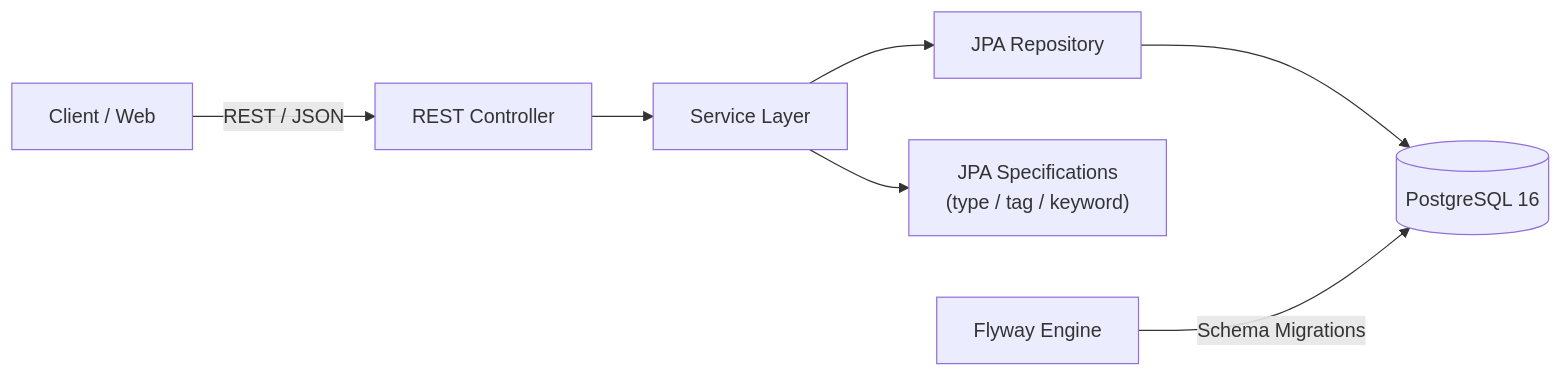
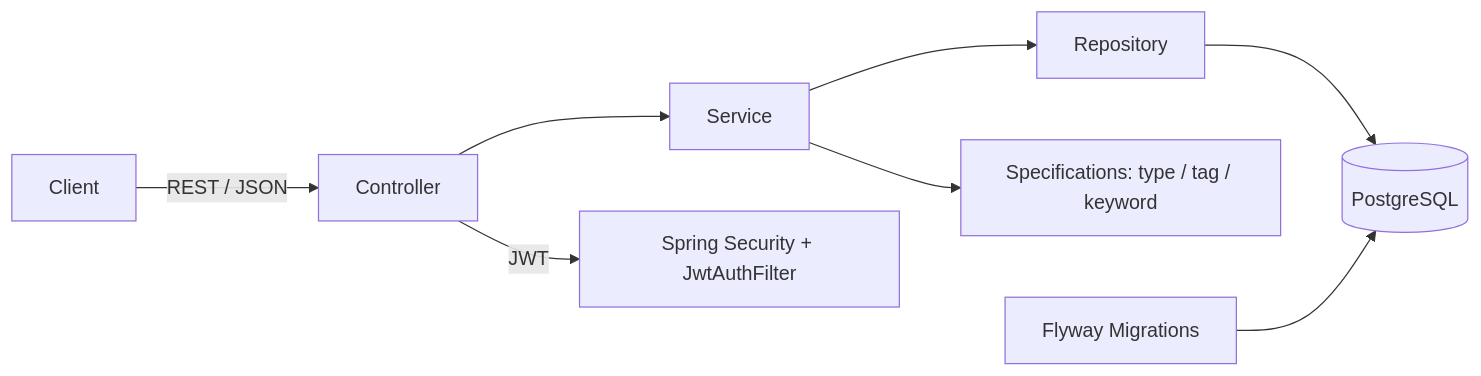
The diagram in README.md (kunalbuilds-git/DevelopersHub), drawn with Mermaid before and after one commit. The commit also changed other lines of this file, not shown here.

````diff
--- a/README.md
+++ b/README.md
@@ -83,9 +39,10 @@
 ```mermaid
 flowchart LR
-    Client["Client / Web"] -->|REST / JSON| Controller["REST Controller"]
-    Controller --> Service["Service Layer"]
-    Service --> Repository["JPA Repository"]
-    Service --> Spec["JPA Specifications\n(type / tag / keyword)"]
-    Repository --> DB[(PostgreSQL 16)]
-    Flyway["Flyway Engine"] -->|Schema Migrations| DB
+    Client -->|REST / JSON| Controller
+    Controller --> Service
+    Service --> Repository
+    Service --> Spec["Specifications: type / tag / keyword"]
+    Controller -->|JWT| Security["Spring Security + JwtAuthFilter"]
+    Repository --> DB[(PostgreSQL)]
+    Flyway["Flyway Migrations"] --> DB
 ```
````
